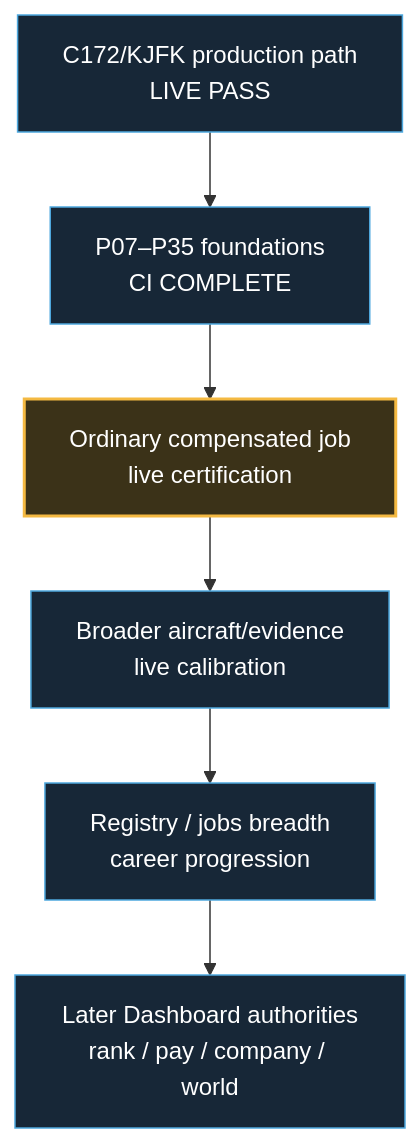
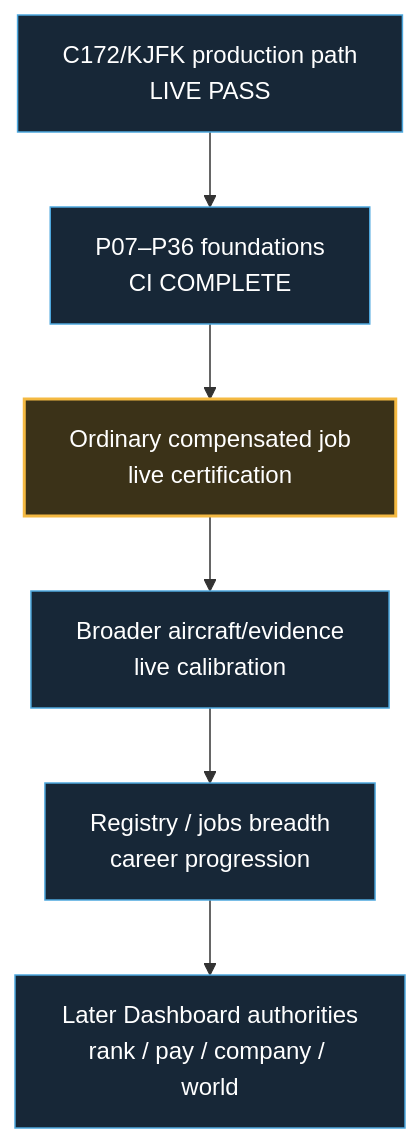
One commit to dhavalpddn-eng/OpenCareer changed the second of 2 diagrams in docs/development-master-checklist.md. Above: the diagram before and after it, drawn with Mermaid. The commit also changed other lines of this file and 2 other files, not shown here.

````diff
--- a/docs/development-master-checklist.md
+++ b/docs/development-master-checklist.md
@@ -54,13 +54,13 @@
 ```mermaid
 flowchart TD
-    A["C172/KJFK production path<br/>LIVE PASS"] --> B["P07–P35 foundations<br/>CI COMPLETE"]
+    A["C172/KJFK production path<br/>LIVE PASS"] --> B["P07–P36 foundations<br/>CI COMPLETE"]
     B --> C["Ordinary compensated job<br/>live certification"]
     C --> D["Broader aircraft/evidence<br/>live calibration"]
     D --> E["Registry / jobs breadth<br/>career progression"]
     E --> F["Later Dashboard authorities<br/>rank / pay / company / world"]
 
     classDef next fill:#3b3218,stroke:#F4B942,color:#fff,stroke-width:2px;
     classDef future fill:#172737,stroke:#4EA8DE,color:#fff,stroke-width:1px;
     class C next;
     class A,B,D,E,F future;
 ```
````
